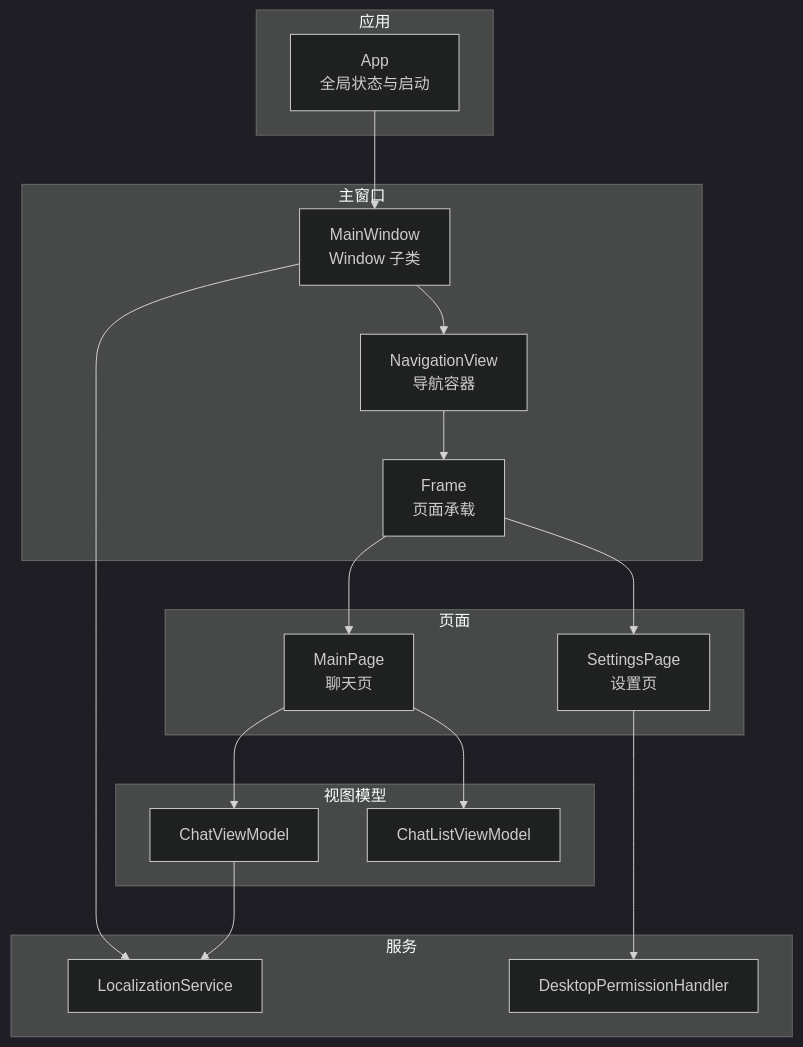
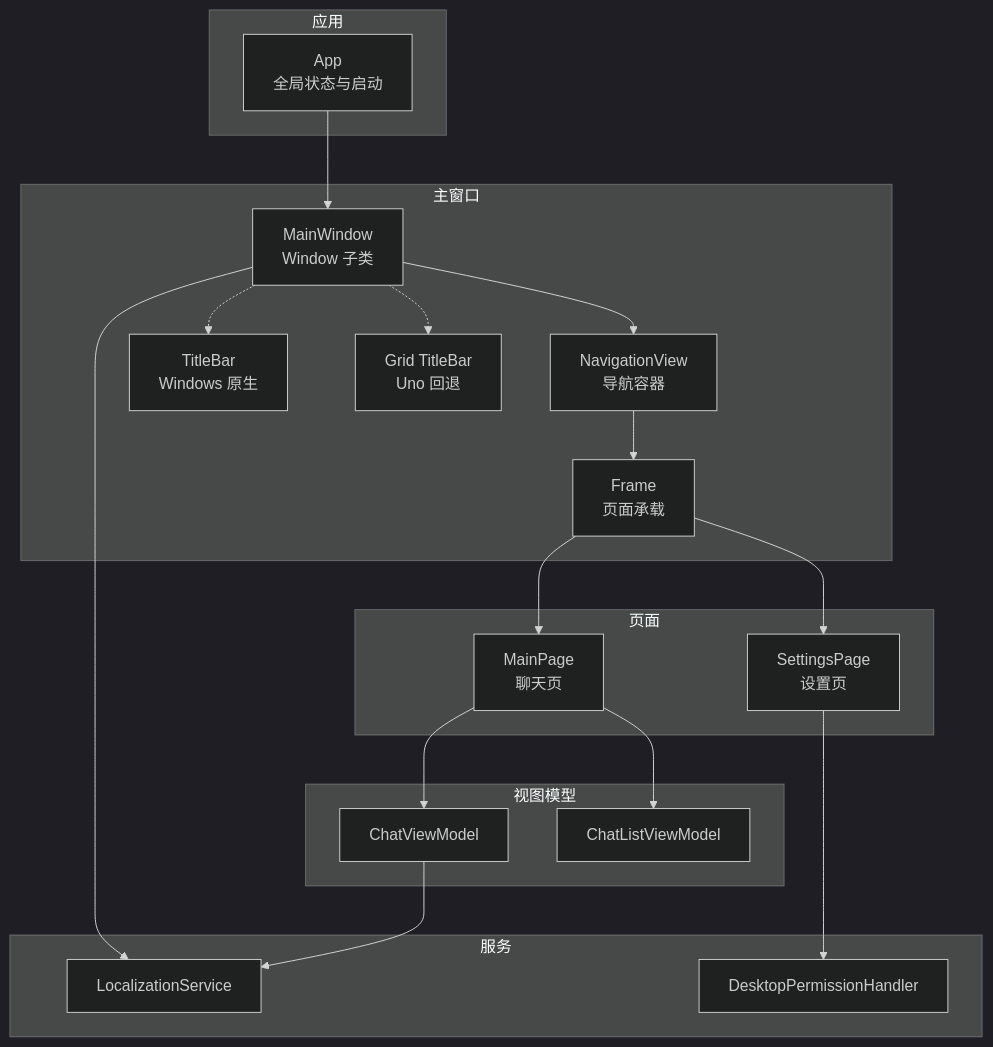
Before and after one commit to AgenticDesktop/App: the first of 7 diagrams in .qoder/repowiki/zh/content/开发指南/项目结构/主窗口框架.md, drawn with Mermaid (dark theme). The commit also changed other lines of this file and 108 other files, not shown here.

````diff
--- a/.qoder/repowiki/zh/content/开发指南/项目结构/主窗口框架.md
+++ b/.qoder/repowiki/zh/content/开发指南/项目结构/主窗口框架.md
@@ -41,33 +53,37 @@
 ```mermaid
 graph TB
 subgraph "应用"
 APP["App<br/>全局状态与启动"]
 end
 subgraph "主窗口"
 MW["MainWindow<br/>Window 子类"]
 NAV["NavigationView<br/>导航容器"]
 FRAME["Frame<br/>页面承载"]
+TB["TitleBar<br/>Windows 原生"]
+FB["Grid TitleBar<br/>Uno 回退"]
 end
 subgraph "页面"
 MP["MainPage<br/>聊天页"]
 SP["SettingsPage<br/>设置页"]
 end
 subgraph "视图模型"
 CVM["ChatViewModel"]
 CLVM["ChatListViewModel"]
 end
 subgraph "服务"
 LCL["LocalizationService"]
 PERM["DesktopPermissionHandler"]
 end
 APP --> MW
 MW --> NAV
 NAV --> FRAME
 FRAME --> MP
 FRAME --> SP
 MP --> CVM
 MP --> CLVM
 SP --> PERM
 MW --> LCL
 CVM --> LCL
+MW -.-> TB
+MW -.-> FB
 ```
````
